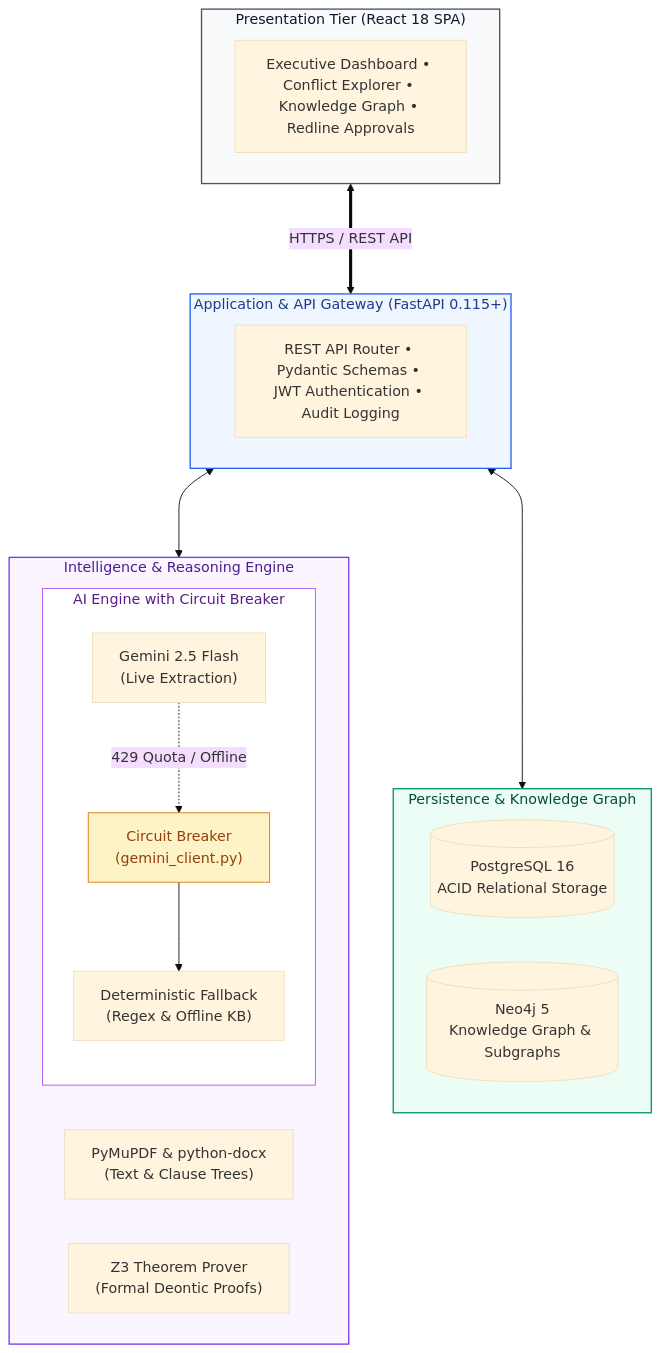
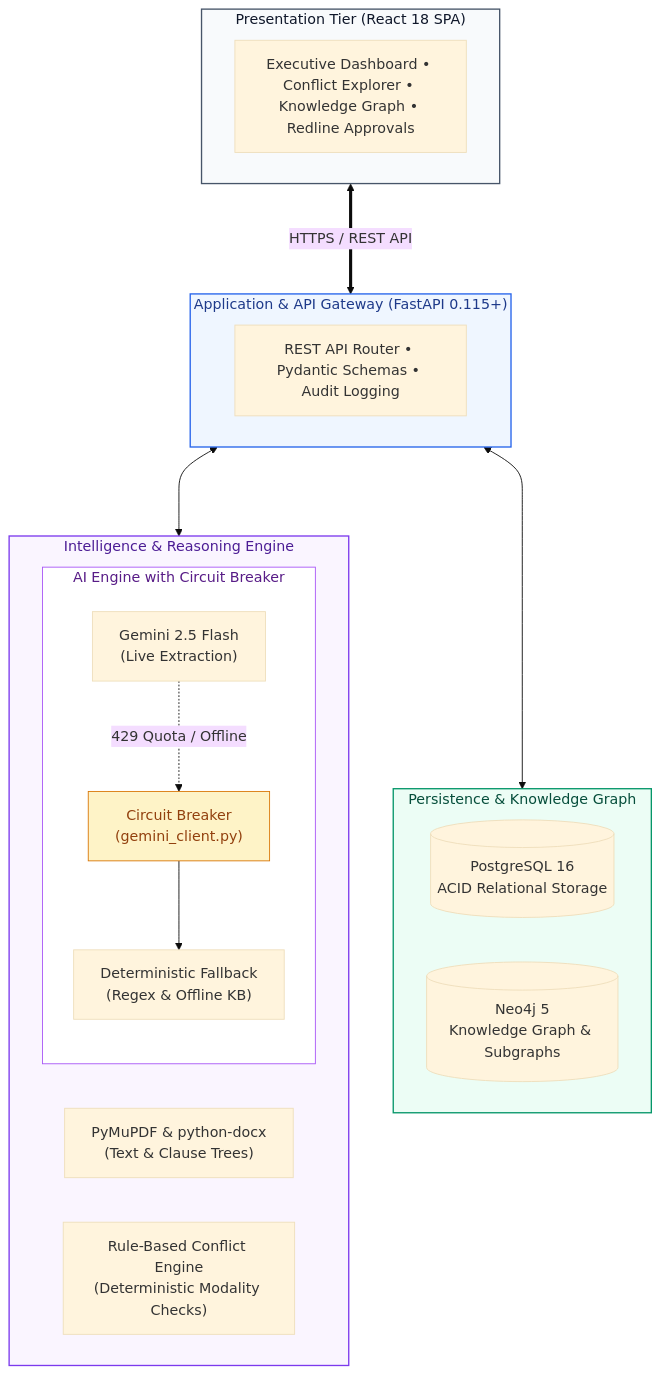
Before and after one commit to Sangamithraa077/PolicySentinel: the first of 2 diagrams in README.md, drawn with Mermaid (base theme). The commit also changed other lines of this file and 6 other files, not shown here.

````diff
--- a/README.md
+++ b/README.md
@@ -35,41 +35,41 @@
 ```mermaid
 flowchart TD
     subgraph Presentation[" Presentation Tier (React 18 SPA)"]
         UI["Executive Dashboard • Conflict Explorer • Knowledge Graph • Redline Approvals"]
     end
 
     subgraph Backend[" Application & API Gateway (FastAPI 0.115+)"]
-        API["REST API Router • Pydantic Schemas • JWT Authentication • Audit Logging"]
+        API["REST API Router • Pydantic Schemas • Audit Logging"]
     end
 
     subgraph Intelligence[" Intelligence & Reasoning Engine"]
         direction LR
         PARSER["PyMuPDF & python-docx\n(Text & Clause Trees)"]
         
         subgraph AIService["AI Engine with Circuit Breaker"]
             LLM["Gemini 2.5 Flash\n(Live Extraction)"]
             CB[" Circuit Breaker\n(gemini_client.py)"]
             LOCAL["Deterministic Fallback\n(Regex & Offline KB)"]
             LLM -.->|429 Quota / Offline| CB --> LOCAL
         end
         
-        SOLVER["Z3 Theorem Prover\n(Formal Deontic Proofs)"]
+        SOLVER["Rule-Based Conflict Engine\n(Deterministic Modality Checks)"]
     end
 
     subgraph Storage[" Persistence & Knowledge Graph"]
         direction LR
         DB[("PostgreSQL 16\nACID Relational Storage")]
         GRAPH[("Neo4j 5\nKnowledge Graph & Subgraphs")]
     end
 
     Presentation <===>|HTTPS / REST API| Backend
     Backend <---> Intelligence
     Backend <---> Storage
 
     style Presentation fill:#F8FAFC,stroke:#475569,stroke-width:1.5px,color:#0F172A
     style Backend fill:#EFF6FF,stroke:#2563EB,stroke-width:1.5px,color:#1E3A8A
     style Intelligence fill:#FAF5FF,stroke:#7C3AED,stroke-width:1.5px,color:#4C1D95
     style AIService fill:#FFFFFF,stroke:#A855F7,stroke-width:1px,color:#581C87
     style CB fill:#FEF3C7,stroke:#D97706,stroke-width:1px,color:#92400E
     style Storage fill:#ECFDF5,stroke:#059669,stroke-width:1.5px,color:#064E3B
 ```
````
